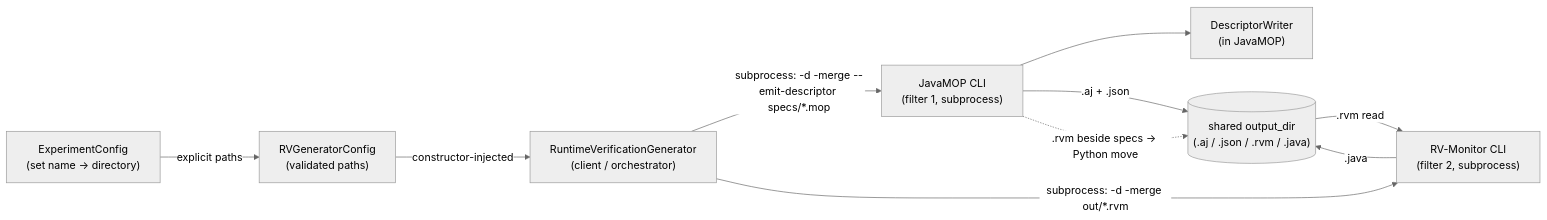
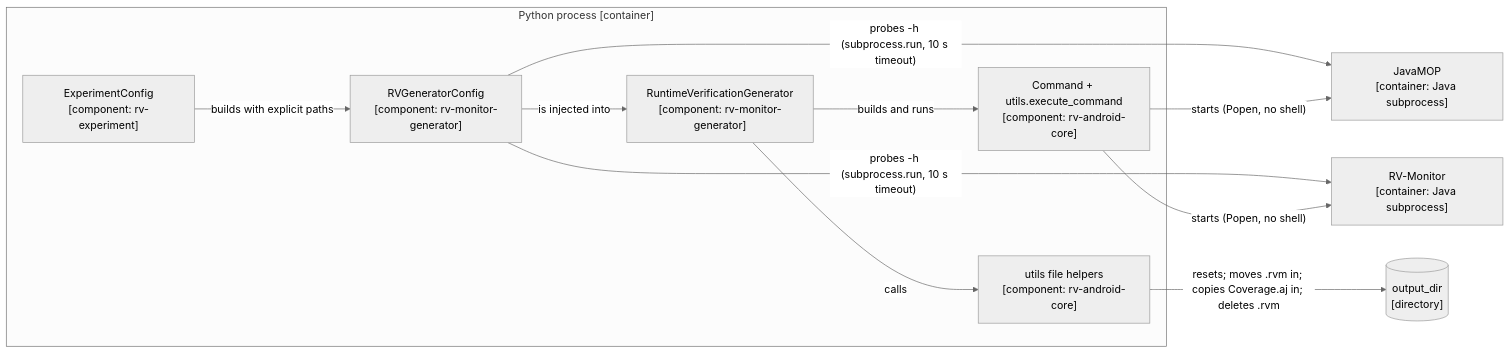
Before and after one commit to PAMunb/rvsec: the fourth of 5 diagrams in rv-android/docs/architecture/monitor-generation.md, drawn with Mermaid. The commit also changed other lines of this file and 7 other files, not shown here.

````diff
--- a/rv-android/docs/architecture/monitor-generation.md
+++ b/rv-android/docs/architecture/monitor-generation.md
@@ -657,21 +722,26 @@
 ```mermaid
 %%{init: {'theme': 'neutral'}}%%
 flowchart LR
-    resolver["ExperimentConfig<br/>(set name → directory)"]
-    cfg["RVGeneratorConfig<br/>(validated paths)"]
-    orch["RuntimeVerificationGenerator<br/>(client / orchestrator)"]
-    jm["JavaMOP CLI<br/>(filter 1, subprocess)"]
-    rvm["RV-Monitor CLI<br/>(filter 2, subprocess)"]
-    dw["DescriptorWriter<br/>(in JavaMOP)"]
-    outdir[("shared output_dir<br/>(.aj / .json / .rvm / .java)")]
+    %% Source: modules/rv-monitor-generator/src/rv_monitor_generator/, modules/rv-experiment/src/rv_experiment/config.py, modules/rv-experiment/src/rv_experiment/experiment/workflow/pre_processor.py, modules/rv-android-core/src/rv_android_core/commands/command.py, modules/rv-android-core/src/rv_android_core/util/utils.py
+    %% Omitted: the standalone CLI (__main__.py builds RVGeneratorConfig from flags in place of ExperimentConfig), LoggingManager and ErrorHandler (cross-cutting; see section 5)
+    subgraph pyproc["Python process [container]"]
+        resolver["ExperimentConfig<br/>[component: rv-experiment]"]
+        cfg["RVGeneratorConfig<br/>[component: rv-monitor-generator]"]
+        orch["RuntimeVerificationGenerator<br/>[component: rv-monitor-generator]"]
+        cmd["Command + utils.execute_command<br/>[component: rv-android-core]"]
+        fops["utils file helpers<br/>[component: rv-android-core]"]
+    end
+    jm["JavaMOP<br/>[container: Java subprocess]"]
+    rvm["RV-Monitor<br/>[container: Java subprocess]"]
+    outdir[("output_dir<br/>[directory]")]
 
-    resolver -->|explicit paths| cfg
-    cfg -->|constructor-injected| orch
-    orch -->|subprocess: -d -merge --emit-descriptor specs/*.mop| jm
-    jm --> dw
-    jm -->|.aj + .json| outdir
-    jm -.->|.rvm beside specs → Python move| outdir
-    orch -->|subprocess: -d -merge out/*.rvm| rvm
-    outdir -->|.rvm read| rvm
-    rvm -->|.java| outdir
+    resolver -->|"builds with explicit paths"| cfg
+    cfg -->|"is injected into"| orch
+    cfg -->|"probes -h (subprocess.run, 10 s timeout)"| jm
+    cfg -->|"probes -h (subprocess.run, 10 s timeout)"| rvm
+    orch -->|"builds and runs"| cmd
+    orch -->|"calls"| fops
+    cmd -->|"starts (Popen, no shell)"| jm
+    cmd -->|"starts (Popen, no shell)"| rvm
+    fops -->|"resets; moves .rvm in; copies Coverage.aj in; deletes .rvm"| outdir
 ```
````
